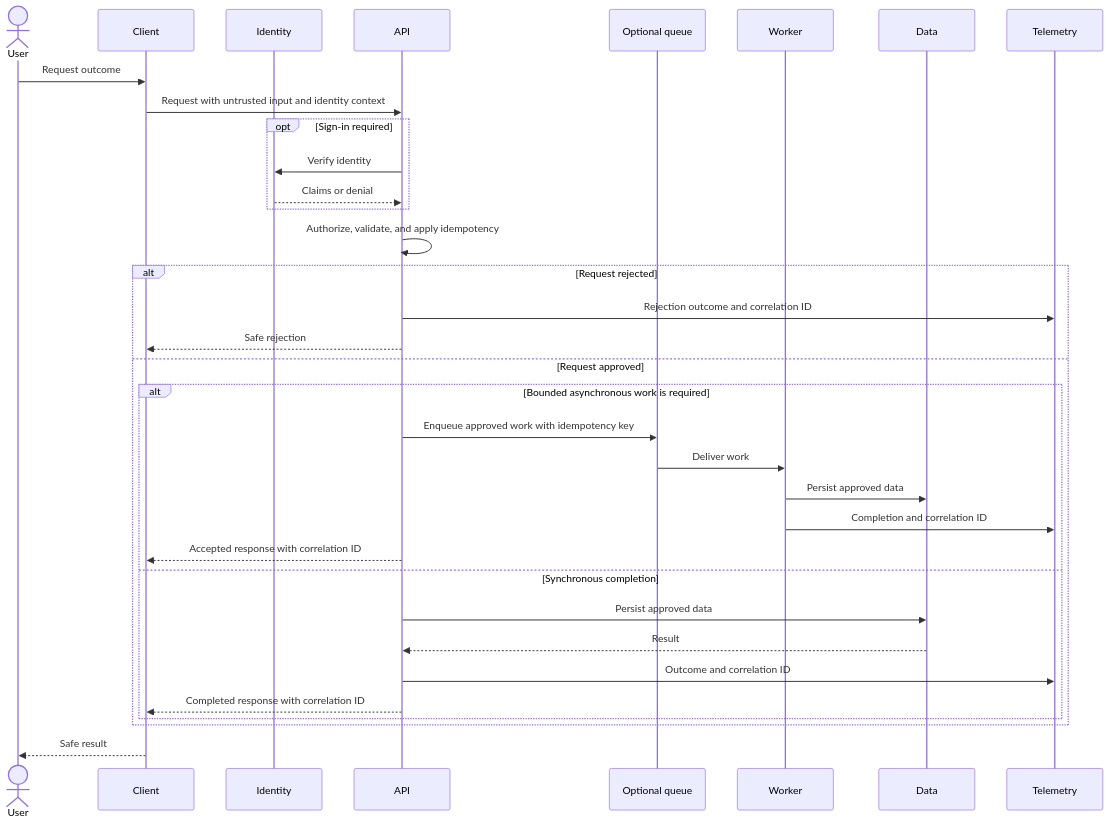
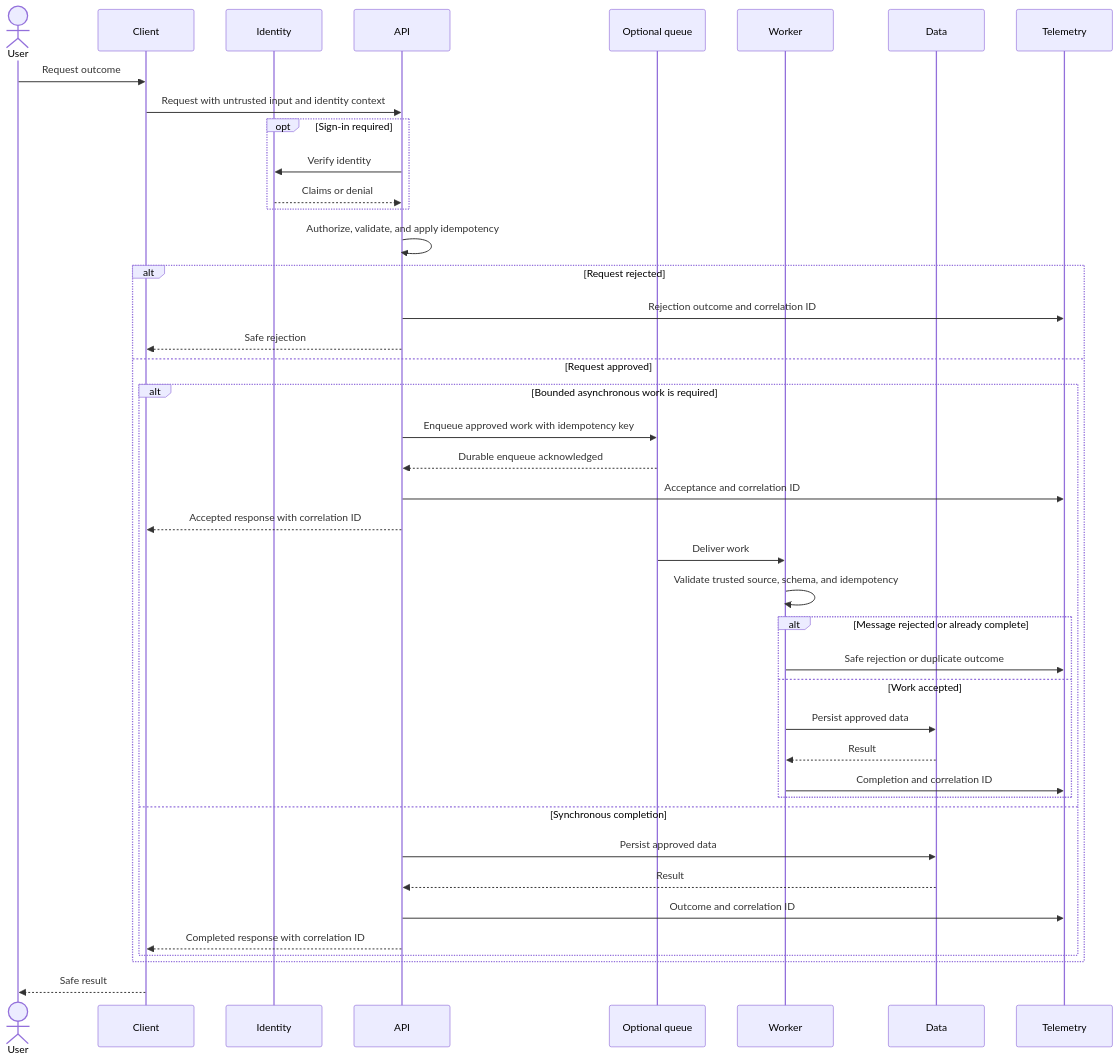
One commit to Levi-Breedlove/aws-bootstrap changed the fourth of 5 diagrams in docs/project/PRD.md. Above: the diagram before and after it, drawn with Mermaid. The commit also changed other lines of this file and 9 other files, not shown here.

First line of the commit message:
docs: harden diagrams and property verification (#23)

````diff
--- a/docs/project/PRD.md
+++ b/docs/project/PRD.md
@@ -642,37 +674,45 @@
 ```mermaid
 sequenceDiagram
     actor User
     participant Client
     participant Identity
     participant API
     participant Queue as Optional queue
     participant Worker
     participant Data
     participant Telemetry
 
     User->>Client: Request outcome
     Client->>API: Request with untrusted input and identity context
     opt Sign-in required
         API->>Identity: Verify identity
         Identity-->>API: Claims or denial
     end
     API->>API: Authorize, validate, and apply idempotency
     alt Request rejected
         API->>Telemetry: Rejection outcome and correlation ID
         API-->>Client: Safe rejection
     else Request approved
         alt Bounded asynchronous work is required
             API->>Queue: Enqueue approved work with idempotency key
+            Queue-->>API: Durable enqueue acknowledged
+            API->>Telemetry: Acceptance and correlation ID
+            API-->>Client: Accepted response with correlation ID
             Queue->>Worker: Deliver work
-            Worker->>Data: Persist approved data
-            Worker->>Telemetry: Completion and correlation ID
-            API-->>Client: Accepted response with correlation ID
+            Worker->>Worker: Validate trusted source, schema, and idempotency
+            alt Message rejected or already complete
+                Worker->>Telemetry: Safe rejection or duplicate outcome
+            else Work accepted
+                Worker->>Data: Persist approved data
+                Data-->>Worker: Result
+                Worker->>Telemetry: Completion and correlation ID
+            end
         else Synchronous completion
             API->>Data: Persist approved data
             Data-->>API: Result
             API->>Telemetry: Outcome and correlation ID
             API-->>Client: Completed response with correlation ID
         end
     end
     Client-->>User: Safe result
 ```
````
